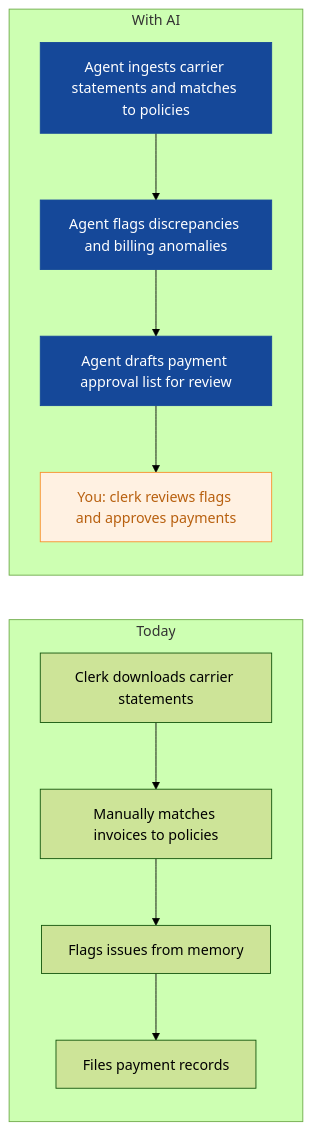
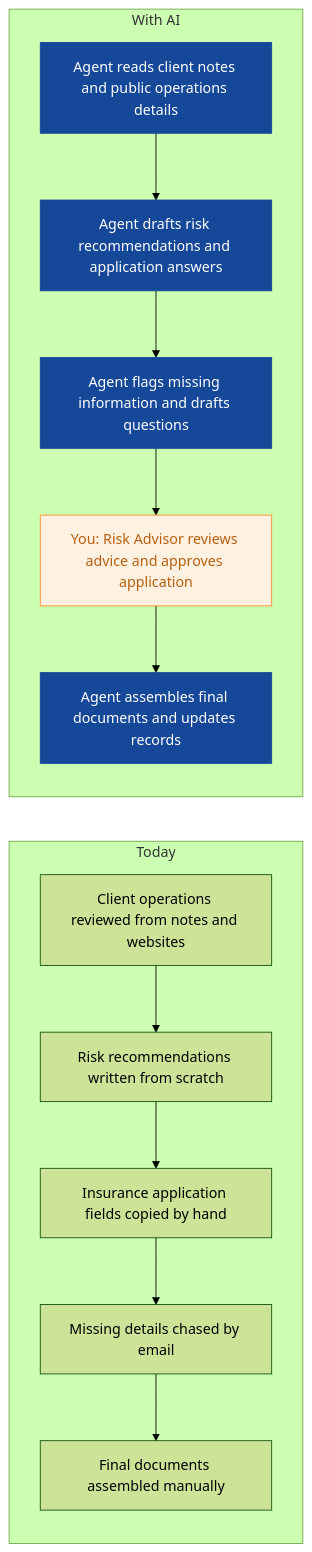
The ninth of 9 diagrams in strategies/clearpath-insurance-brokers.md (nexibeo/Complete-AI-Strategy), drawn with Mermaid (forest theme) before and after one commit. The commit also changed other lines of this file and 26 other files, not shown here.

````diff
--- a/strategies/clearpath-insurance-brokers.md
+++ b/strategies/clearpath-insurance-brokers.md
@@ -268,21 +285,23 @@
 ```mermaid
 flowchart LR
   subgraph Today
-    B0["Clerk downloads carrier statements"]
-    B1["Manually matches invoices to policies"]
-    B2["Flags issues from memory"]
-    B3["Files payment records"]
-    B0 --> B1 --> B2 --> B3
+    B0["Client operations reviewed from notes and websites"]
+    B1["Risk recommendations written from scratch"]
+    B2["Insurance application fields copied by hand"]
+    B3["Missing details chased by email"]
+    B4["Final documents assembled manually"]
+    B0 --> B1 --> B2 --> B3 --> B4
   end
   subgraph WithAI[With AI]
-    A0["Agent ingests carrier statements and matches to policies"]
-    A1["Agent flags discrepancies and billing anomalies"]
-    A2["Agent drafts payment approval list for review"]
-    A3["You: clerk reviews flags and approves payments"]
-    A0 --> A1 --> A2 --> A3
+    A0["Agent reads client notes and public operations details"]
+    A1["Agent drafts risk recommendations and application answers"]
+    A2["Agent flags missing information and drafts questions"]
+    A3["You: Risk Advisor reviews advice and approves application"]
+    A4["Agent assembles final documents and updates records"]
+    A0 --> A1 --> A2 --> A3 --> A4
   end
   classDef ai fill:#154899,color:#fff,stroke:#154899
   classDef human fill:#FFF1E2,color:#B8600F,stroke:#F98F2C
-  class A0,A1,A2 ai
+  class A0,A1,A2,A4 ai
   class A3 human
 ```
````
